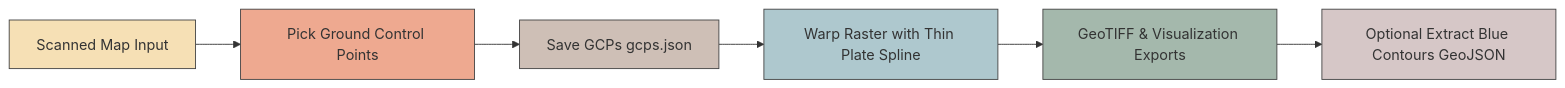
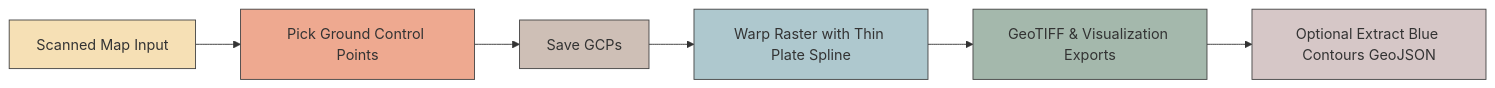
One commit to yryrena/HistoMapGeoref changed the diagram in README.md. Above: the diagram before and after it, drawn with Mermaid.

````diff
--- a/README.md
+++ b/README.md
@@ -5,15 +5,15 @@
 ```mermaid
 flowchart LR
     A[Scanned Map Input] --> B[Pick Ground Control Points]
-    B --> C[Save GCPs gcps.json]
+    B --> C[Save GCPs]
     C --> D[Warp Raster with Thin Plate Spline]
     D --> E[GeoTIFF & Visualization Exports]
     E --> F[Optional Extract Blue Contours GeoJSON]
 
     style A fill:#f6e0b5,stroke:#444,stroke-width:1px
     style B fill:#eea990,stroke:#444,stroke-width:1px
     style C fill:#cebfb6,stroke:#444,stroke-width:1px
     style D fill:#aec8ce,stroke:#444,stroke-width:1px
     style E fill:#a4b8ac,stroke:#444,stroke-width:1px
     style F fill:#d6c7c7,stroke:#444,stroke-width:1px
 ```
````
